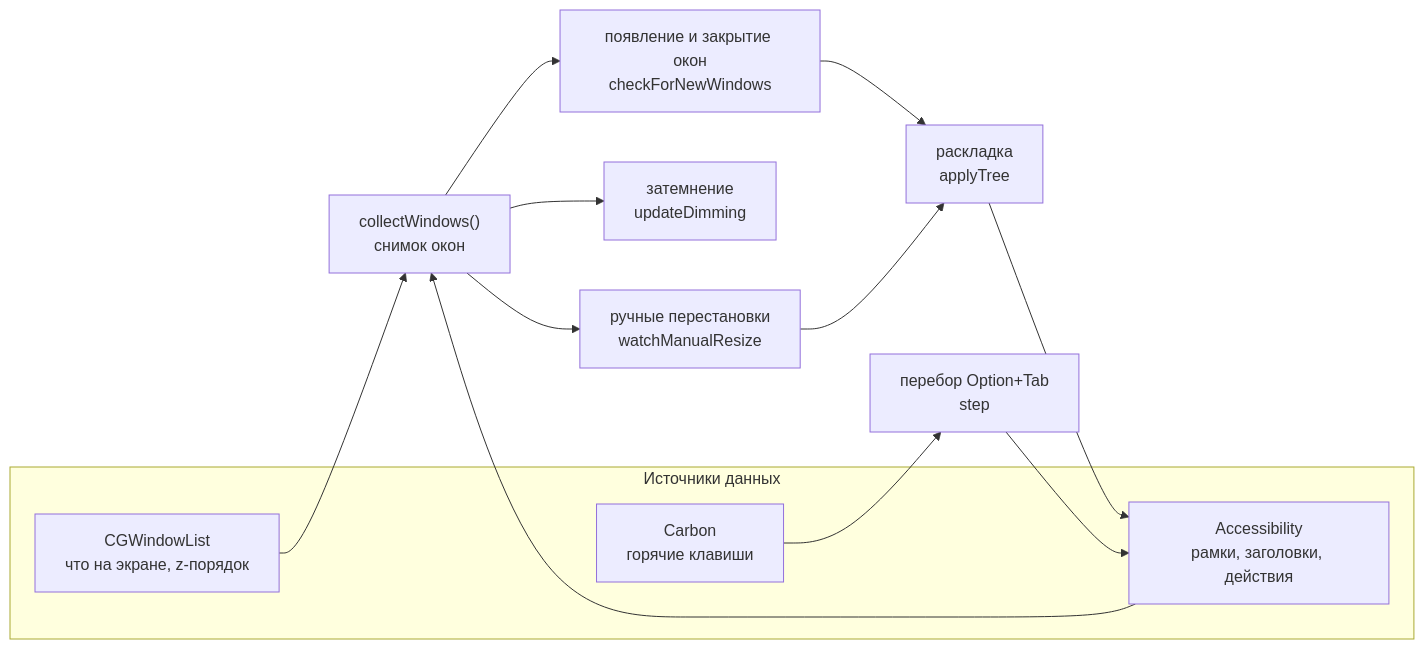
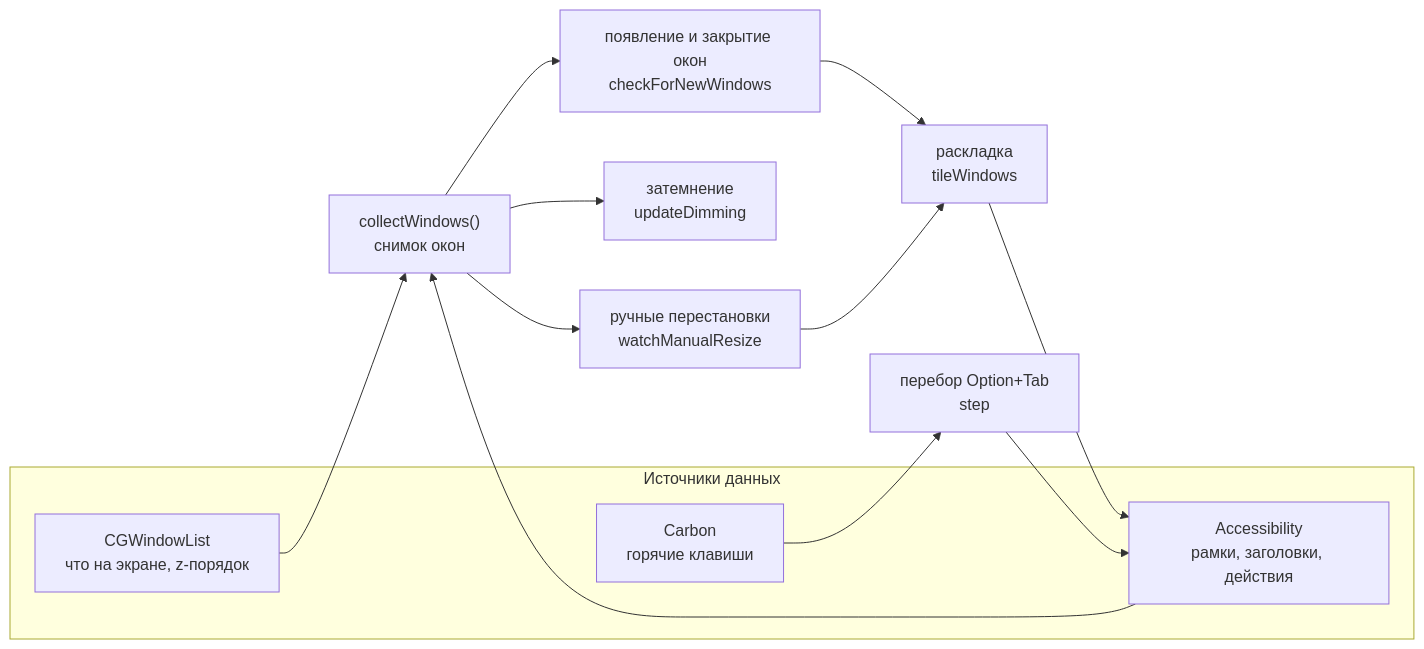
One commit to asmithdots-debug/wincycle changed the first of 4 diagrams in DESIGN.md. Above: the diagram before and after it, drawn with Mermaid. The commit also changed other lines of this file and 2 other files, not shown here.

First line of the commit message:
Restore the pre-tree dwindle spiral (flat list, five-cell cap)

````diff
--- a/DESIGN.md
+++ b/DESIGN.md
@@ -13,21 +13,21 @@
 ```mermaid
 flowchart LR
     subgraph src [Источники данных]
         CG["CGWindowList<br/>что на экране, z-порядок"]
         AX["Accessibility<br/>рамки, заголовки, действия"]
         HK["Carbon<br/>горячие клавиши"]
     end
 
     CG --> S["collectWindows()<br/>снимок окон"]
     AX --> S
 
     S --> DIM["затемнение<br/>updateDimming"]
     S --> NEW["появление и закрытие окон<br/>checkForNewWindows"]
     S --> MAN["ручные перестановки<br/>watchManualResize"]
     HK --> CYC["перебор Option+Tab<br/>step"]
 
-    NEW --> TILE["раскладка<br/>applyTree"]
+    NEW --> TILE["раскладка<br/>tileWindows"]
     MAN --> TILE
     TILE --> AX
     CYC --> AX
 ```
````
